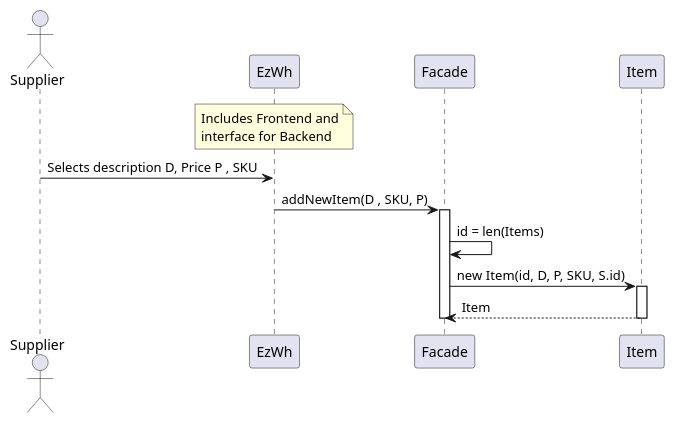
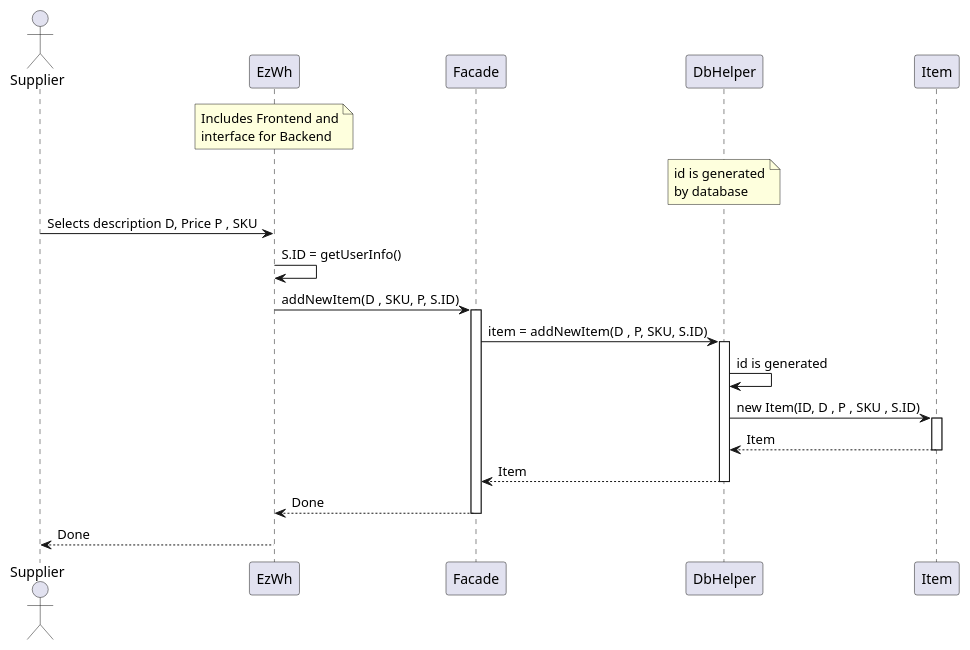
One commit to giuseppe-dandrea/EzWh changed diagram 12 of 14 in DesignDocument.md. Above: the diagram before and after it, drawn with PlantUML. The commit also changed other lines of this file, not shown here.

````diff
--- a/DesignDocument.md
+++ b/DesignDocument.md
@@ -787,19 +815,30 @@
 ```plantuml
 actor Supplier
 participant EzWh
 note over EzWh: Includes Frontend and\ninterface for Backend
+note over DbHelper: id is generated\nby database
 participant Facade
+participant DbHelper
 participant Item
 
 Supplier -> EzWh: Selects description D, Price P , SKU
 
-EzWh -> Facade: addNewItem(D , SKU, P)
+EzWh ->EzWh : S.ID = getUserInfo()
+
+EzWh -> Facade:addNewItem(D , SKU, P, S.ID)
 
 activate Facade
-Facade -> Facade: id = len(Items)
-Facade -> Item: new Item(id, D, P, SKU, S.id)
+Facade -> DbHelper: item = addNewItem(D , P, SKU, S.ID)
+activate DbHelper
+DbHelper -> DbHelper : id is generated
+DbHelper -> Item : new Item(ID, D , P , SKU , S.ID)
+
 activate Item
-Item --> Facade: Item
+Item --> DbHelper: Item
+deactivate Item
+DbHelper --> Facade : Item
+deactivate DbHelper
+Facade --> EzWh : Done
 deactivate Facade
-deactivate Item
+EzWh-->Supplier : Done
 ```
````
